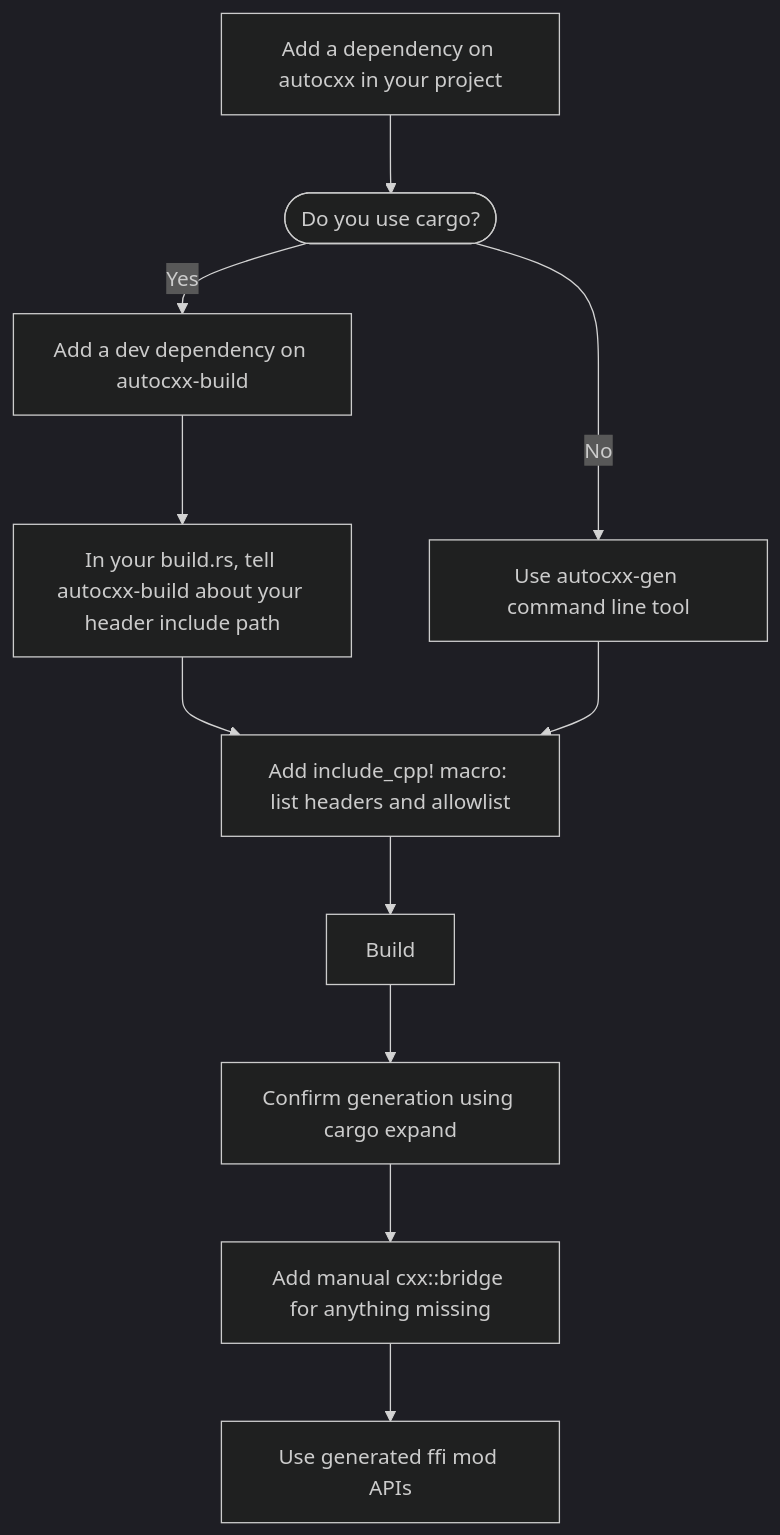
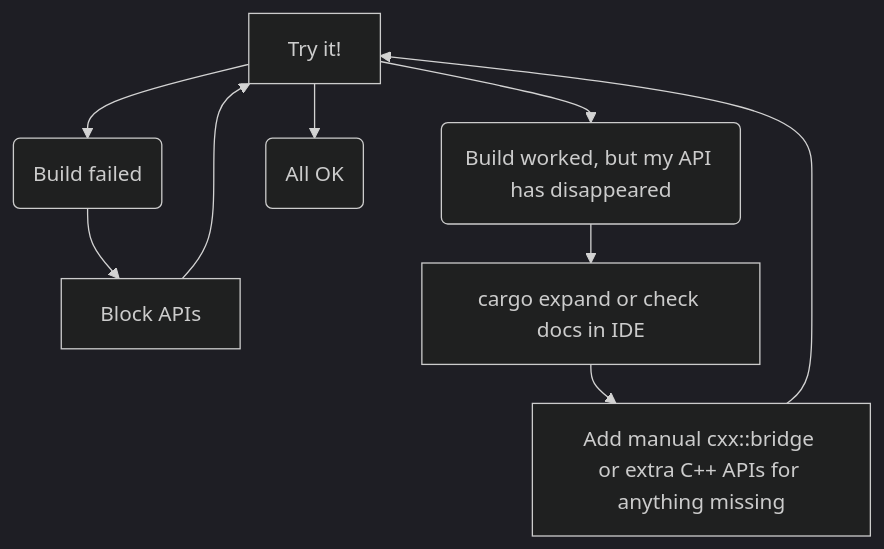
The diagram in book/src/workflow.md (google/autocxx), drawn with Mermaid (dark theme) before and after one commit. The commit also changed other lines of this file and 12 other files, not shown here.

````diff
--- a/book/src/workflow.md
+++ b/book/src/workflow.md
@@ -5,24 +7,19 @@
 ```mermaid
 flowchart TB
     %%{init:{'flowchart':{'nodeSpacing': 60, 'rankSpacing': 30}}}%%
-    autocxx[Add a dependency on autocxx in your project]
-    which-build([Do you use cargo?])
-    autocxx--->which-build
-    autocxx-build[Add a dev dependency on autocxx-build]
-    build-rs[In your build.rs, tell autocxx-build about your header include path]
-    autocxx-build--->build-rs
-    which-build-- Yes -->autocxx-build
-    macro[Add include_cpp! macro: list headers and allowlist]
-    build-rs--->macro
-    autocxx-gen[Use autocxx-gen command line tool]
-    which-build-- No -->autocxx-gen
-    autocxx-gen--->macro
-    build[Build]
-    macro--->build
-    check[Confirm generation using cargo expand]
-    build--->check
-    manual[Add manual cxx::bridge for anything missing]
-    check--->manual
-    use[Use generated ffi mod APIs]
-    manual--->use
+    try[Try it!]
+    fail(Build failed)
+    missing_api(Build worked, but my API has disappeared)
+    ok(All OK)
+    try-->fail
+    try-->missing_api
+    try-->ok
+    block[Block APIs]
+    fail-->block
+    block-->try
+    expand[cargo expand or check docs in IDE]
+    missing_api-->expand
+    manual[Add manual cxx::bridge or extra C++ APIs for anything missing]
+    expand-->manual
+    manual-->try
 ```
````
